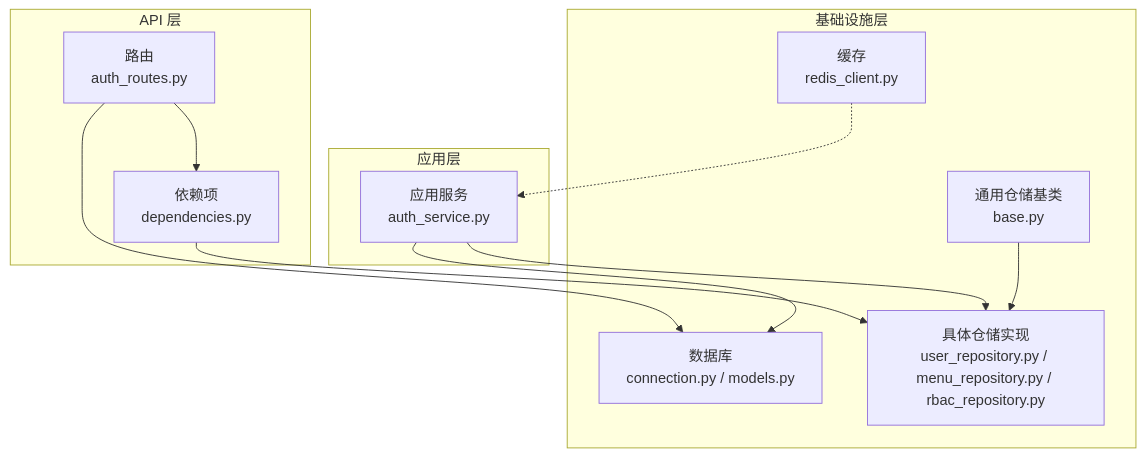
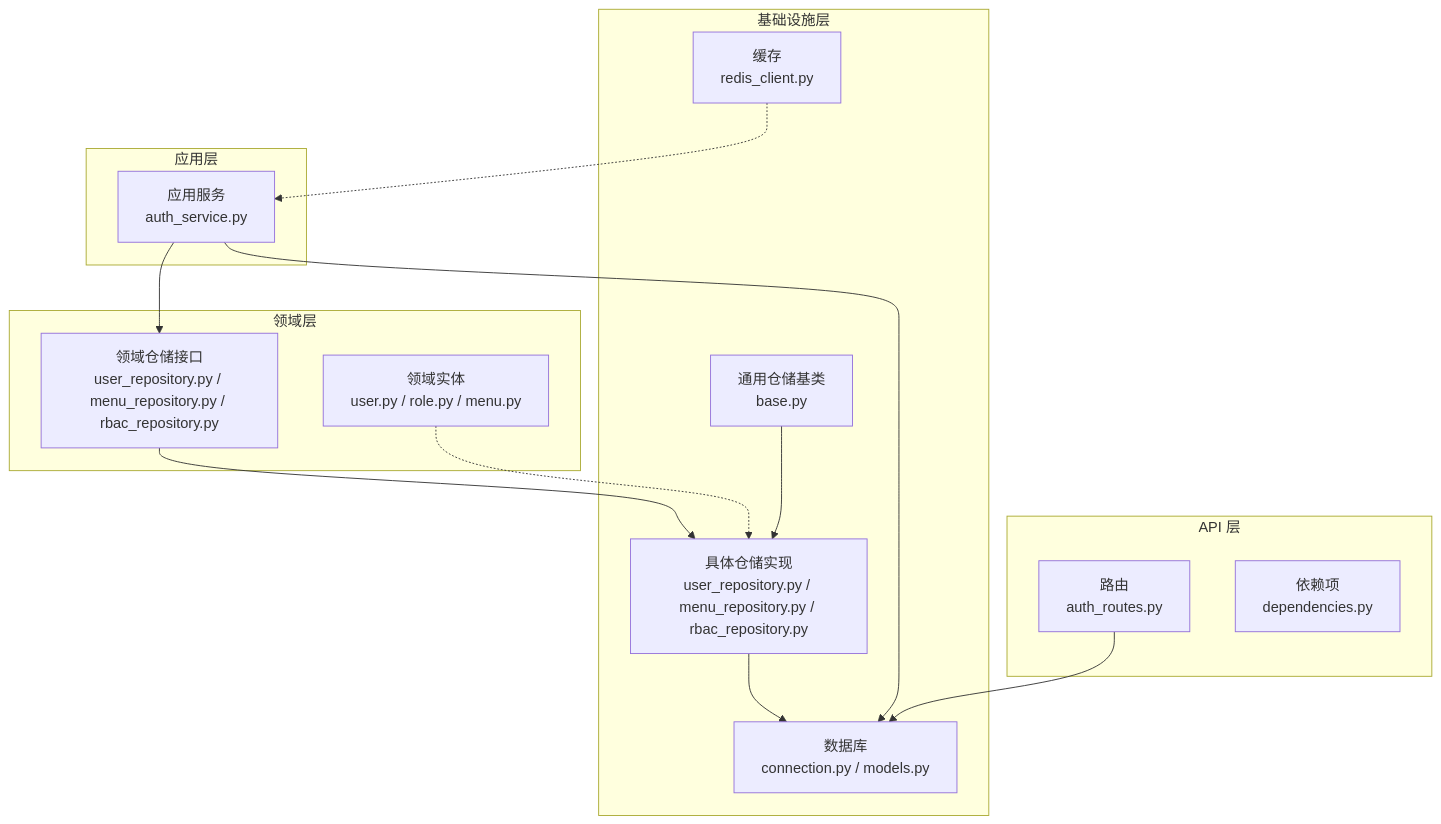
One commit to taoweidong/Hello-FastApi changed the first of 7 diagrams in .qoder/repowiki/zh/content/后端架构设计/DDD 分层架构详解/基础设施层（Data Access）.md. Above: the diagram before and after it, drawn with Mermaid. The commit also changed other lines of this file and 18 other files, not shown here.

````diff
--- a/.qoder/repowiki/zh/content/后端架构设计/DDD 分层架构详解/基础设施层（Data Access）.md
+++ b/.qoder/repowiki/zh/content/后端架构设计/DDD 分层架构详解/基础设施层（Data Access）.md
@@ -58,23 +63,28 @@
 ```mermaid
 graph TB
 subgraph "基础设施层"
 DB["数据库<br/>connection.py / models.py"]
 BASE["通用仓储基类<br/>base.py"]
 REPO["具体仓储实现<br/>user_repository.py / menu_repository.py / rbac_repository.py"]
 CACHE["缓存<br/>redis_client.py"]
 end
+subgraph "领域层"
+DOMAIN_REPO["领域仓储接口<br/>user_repository.py / menu_repository.py / rbac_repository.py"]
+DOMAIN_ENTITY["领域实体<br/>user.py / role.py / menu.py"]
+end
 subgraph "应用层"
 SVC["应用服务<br/>auth_service.py"]
 end
 subgraph "API 层"
 ROUTES["路由<br/>auth_routes.py"]
 DEPS["依赖项<br/>dependencies.py"]
 end
-SVC --> REPO
-ROUTES --> DEPS
-DEPS --> REPO
+SVC --> DOMAIN_REPO
+DOMAIN_REPO --> REPO
+REPO --> DB
+DOMAIN_ENTITY -.-> REPO
 SVC --> DB
 ROUTES --> DB
 CACHE -.-> SVC
 BASE --> REPO
 ```
````
